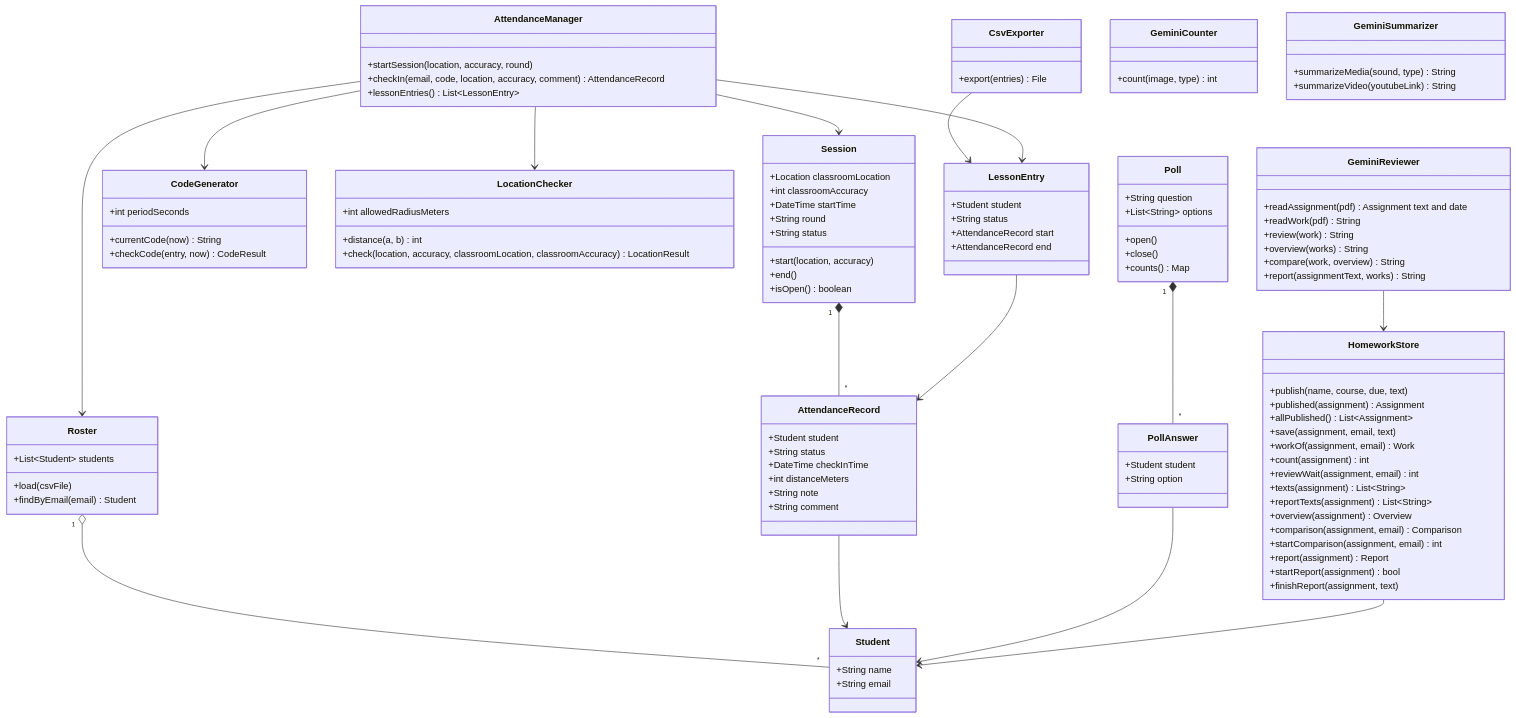
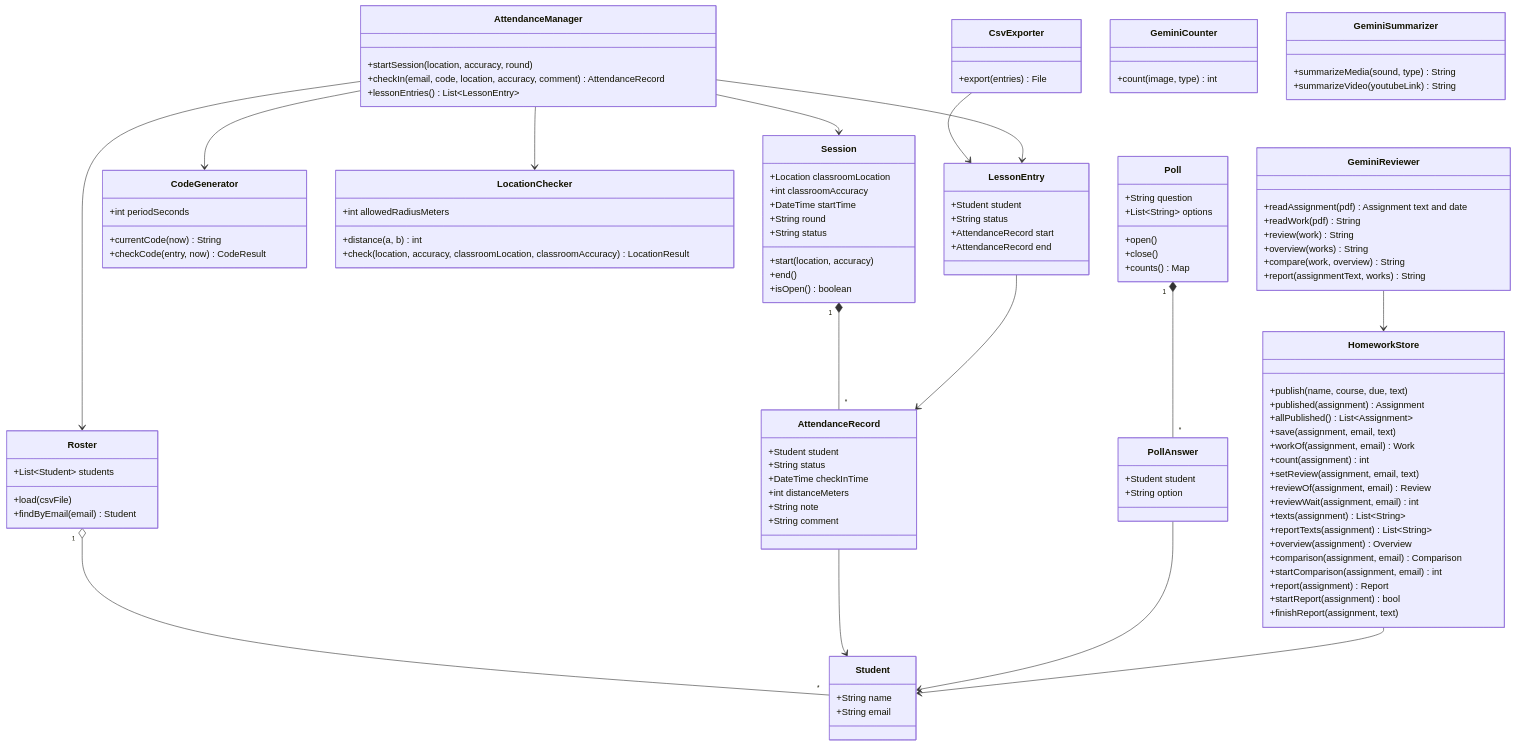
The first of 9 diagrams in diagrams.md (Maycaspi110/Class_Attendance), drawn with Mermaid before and after one commit. The commit also changed other lines of this file and 10 other files, not shown here.

```diff
--- a/diagrams.md
+++ b/diagrams.md
@@ -86,6 +86,8 @@
     +save(assignment, email, text)
     +workOf(assignment, email) Work
     +count(assignment) int
+    +setReview(assignment, email, text)
+    +reviewOf(assignment, email) Review
     +reviewWait(assignment, email) int
     +texts(assignment) List~String~
     +reportTexts(assignment) List~String~
```
